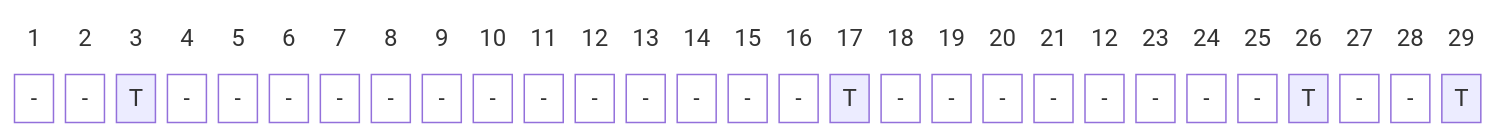
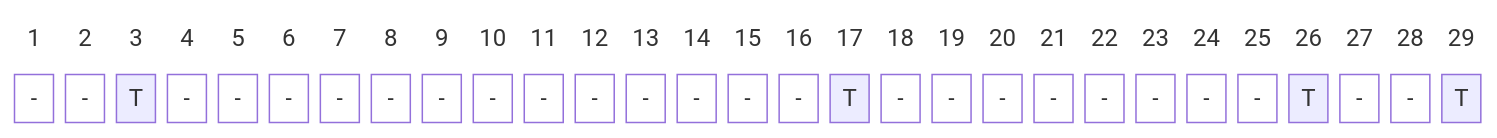
Before and after one commit to intervals-mining-lab/foapy: the diagram in docs/fundamentals/partials_and_congenerics/sequence/congeneric.md, drawn with Mermaid. The commit also changed 27 other files, not shown here.

````diff
--- a/docs/fundamentals/partials_and_congenerics/sequence/congeneric.md
+++ b/docs/fundamentals/partials_and_congenerics/sequence/congeneric.md
@@ -7,42 +7,42 @@
 ``` mermaid
 block-beta
 columns 29
 
 i1["1"] i2["2"] i3["3"] i4["4"] i5["5"] i6["6"] i7["7"] i8["8"] i9["9"] i10["10"] i11["11"] i12["12"]
 i13["13"] i14["14"] i15["15"] i16["16"] i17["17"] i18["18"] i19["19"] i20["20"]
-i21["21"] i22["12"] i23["23"] i24["24"] i25["25"] i26["26"] i27["27"]
+i21["21"] i22["22"] i23["23"] i24["24"] i25["25"] i26["26"] i27["27"]
 i28["28"] i29["29"]
 
 s1["-"] s2["-"] s3["T"] s4["-"] s5["-"] s6["-"] s7["-"] s8["-"] s9["-"] s10["-"]
 s11["-"] s12["-"] s13["-"] s14["-"] s15["-"] s16["-"] s17["T"] s18["-"] s19["-"] s20["-"]
 s21["-"] s22["-"] s23["-"] s24["-"] s25["-"] s26["T"] s27["-"] s28["-"] s29["T"]
 
 classDef c1 fill:#ff7f0e,color:#fff;
 classDef c2 fill:#ffbb78,color:#000;
 classDef c3 fill:#2ca02c,color:#fff;
 classDef c4 fill:#98df8a,color:#000;
 classDef c5 fill:#d62728,color:#fff;
 classDef c6 fill:#ff9896,color:#000;
 classDef c7 fill:#9467bd,color:#fff;
 classDef c8 fill:#c5b0d5,color:#000;
 classDef c9 fill:#8c564b,color:#fff;
 classDef c10 fill:#c49c94,color:#000;
 classDef c11 fill:#e377c2,color:#fff;
 classDef c12 fill:#f7b6d2,color:#000;
 classDef c13 fill:#bcbd22,color:#fff;
 classDef c14 fill:#dbdb8d,color:#000;
 classDef c15 fill:#17becf,color:#fff;
 classDef c16 fill:#9edae5,color:#000;
 
 classDef skip fill:#ffffff
 classDef index fill:#ffffff,stroke-width:0px
 
 class s1,s2,s4,s5,s6,s7,s8,s9,s10 skip
 class s11,s12,s13,s14,s15,s16,s18,s19,s20 skip
 class s21,s22,s23,s24,s25,s27,s28,s30 skip
 class s31,s32,s33,s34,s35 skip
 
 class i1,i2,i3,i4,i5,i6,i7,i8,i9,i10 index
 class i11,i12,i13,i14,i15,i16,i17,i18,i19,i20 index
 class i21,i22,i23,i24,i25,i26,i27,i28,i29 index
 ```
````
